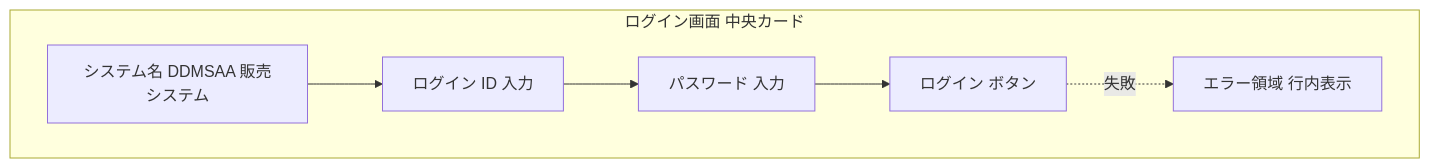
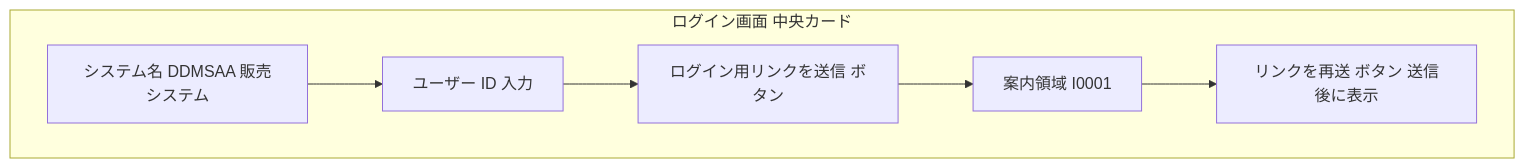
Before and after one commit to quyangboxjob/DDMSAA: the first of 8 diagrams in docs/基本設計/業務設計/user/spec-user-screen-ui.md, drawn with Mermaid. The commit also changed other lines of this file and 48 other files, not shown here.

````diff
--- a/docs/基本設計/業務設計/user/spec-user-screen-ui.md
+++ b/docs/基本設計/業務設計/user/spec-user-screen-ui.md
@@ -21,12 +23,11 @@
 ```mermaid
 flowchart TB
   subgraph P[ログイン画面 中央カード]
     T[システム名 DDMSAA 販売システム]
-    F1[ログイン ID 入力]
-    F2[パスワード 入力]
-    B[ログイン ボタン]
-    M[エラー領域 行内表示]
+    F1[ユーザー ID 入力]
+    B[ログイン用リンクを送信 ボタン]
+    M[案内領域 I0001]
+    R[リンクを再送 ボタン 送信後に表示]
   end
-  T --> F1 --> F2 --> B
-  B -.失敗.-> M
+  T --> F1 --> B --> M --> R
 ```
````
